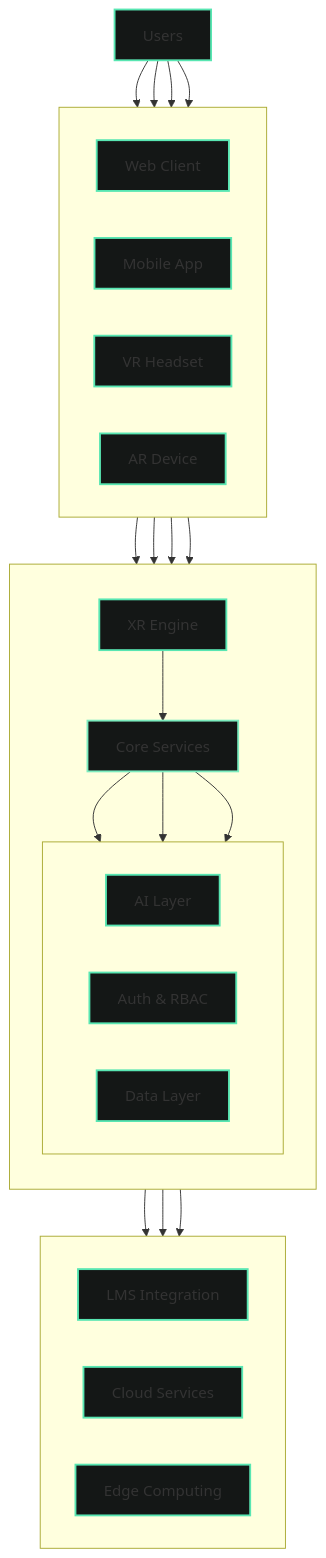
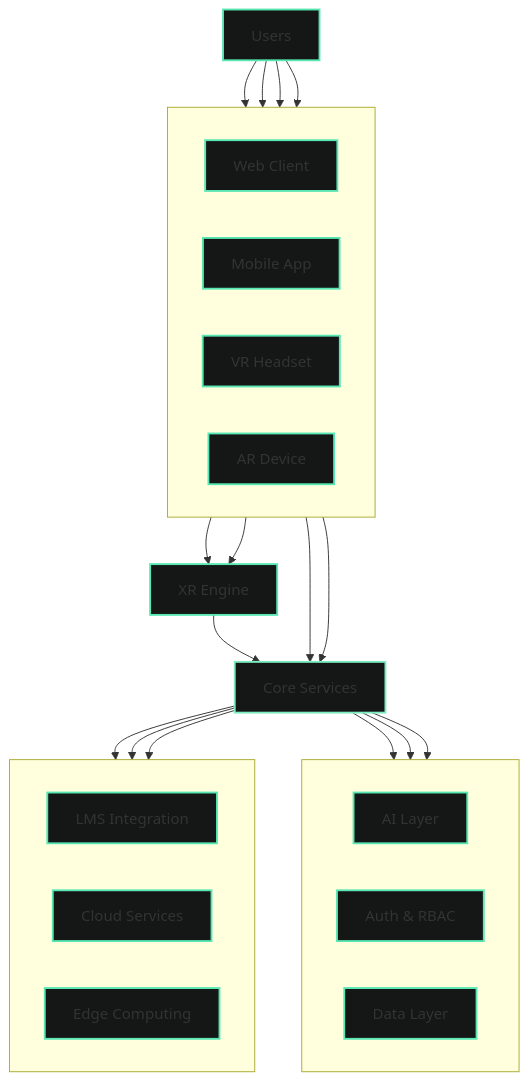
The diagram in docs/overview.md (ivmarch/geniverse-docs), drawn with Mermaid before and after one commit. The commit also changed 3 other files, not shown here.

Commit message:
Refactor System Architecture diagram: move External Services to bottom, increase text size and spacing

````diff
--- a/docs/overview.md
+++ b/docs/overview.md
@@ -19,64 +19,61 @@
 ```mermaid
 graph TB
     User[Users]
     
     subgraph UI[" "]
         direction LR
         Web[Web Client]
         Mobile[Mobile App]
         VR[VR Headset]
         AR[AR Device]
     end
     
-    subgraph Platform[" "]
-        direction TB
-        Core[Core Services]
-        
-        subgraph PlatformServices[" "]
-            direction LR
-            AI[AI Layer]
-            Auth[Auth & RBAC]
-            Data[Data Layer]
-        end
-        
-        XR[XR Engine]
+    Core[Core Services]
+    
+    subgraph PlatformServices[" "]
+        direction LR
+        AI[AI Layer]
+        Auth[Auth & RBAC]
+        Data[Data Layer]
     end
+    
+    XR[XR Engine]
     
     subgraph External[" "]
         direction LR
         LMS[LMS Integration]
         Cloud[Cloud Services]
         Edge[Edge Computing]
     end
     
     User --> Web
     User --> Mobile
     User --> VR
     User --> AR
     
     Web --> Core
     Mobile --> Core
     VR --> XR
     AR --> XR
     
     XR --> Core
     Core --> AI
     Core --> Auth
     Core --> Data
     
     Core --> LMS
     Core --> Cloud
     Core --> Edge
     
     classDef userClass fill:#141716,stroke:#58E6B2,stroke-width:2px
     classDef uiClass fill:#141716,stroke:#58E6B2,stroke-width:2px
     classDef coreClass fill:#141716,stroke:#7CECBF,stroke-width:2px
     classDef platformClass fill:#141716,stroke:#58E6B2,stroke-width:2px
     classDef externalClass fill:#141716,stroke:#58E6B2,stroke-width:2px
     
     class User userClass
     class Web,Mobile,VR,AR uiClass
     class Core coreClass
     class AI,Auth,Data,XR platformClass
     class LMS,Cloud,Edge externalClass
 ```
````
